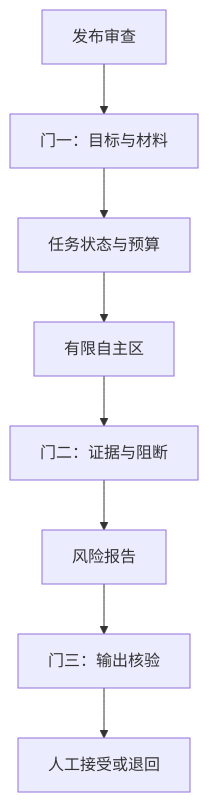
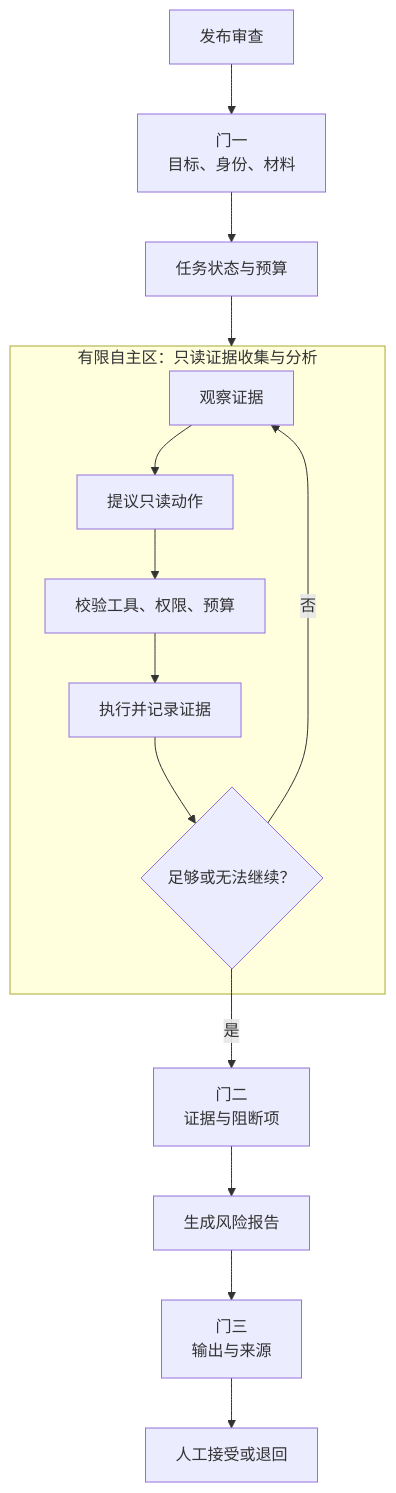
The sixth of 6 diagrams in docs/05-agent-loop-workflows.md (FoLaJJ/agent-systems-notes), drawn with Mermaid before and after one commit. The commit also changed other lines of this file and 13 other files, not shown here.

Commit message:
Refine Mermaid diagram layouts

````diff
--- a/docs/05-agent-loop-workflows.md
+++ b/docs/05-agent-loop-workflows.md
@@ -376,10 +365,19 @@
 ```mermaid
 flowchart TB
-    U["发布审查"] --> V["门一：目标与材料"]
+    U["发布审查"] --> V["门一<br/>目标、身份、材料"]
     V --> S["任务状态与预算"]
-    S --> A["有限自主区"]
-    A --> G["门二：证据与阻断"]
-    G --> R["风险报告"]
-    R --> Q["门三：输出核验"]
+    S --> A
+
+    subgraph A["有限自主区：只读证据收集与分析"]
+      O["观察证据"] --> P["提议只读动作"]
+      P --> C["校验工具、权限、预算"]
+      C --> X["执行并记录证据"]
+      X --> D{"足够或无法继续？"}
+      D -->|否| O
+    end
+
+    D -->|是| G["门二<br/>证据与阻断项"]
+    G --> R["生成风险报告"]
+    R --> Q["门三<br/>输出与来源"]
     Q --> H["人工接受或退回"]
 ```
````
